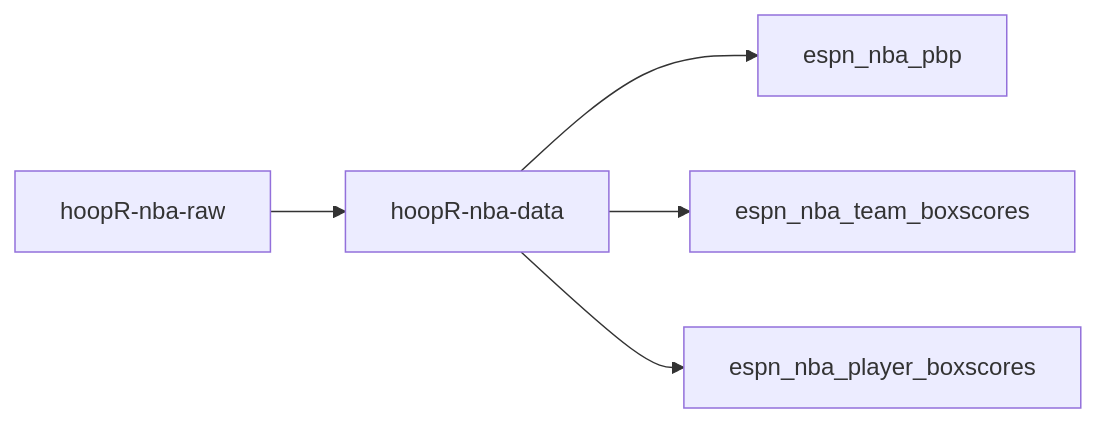
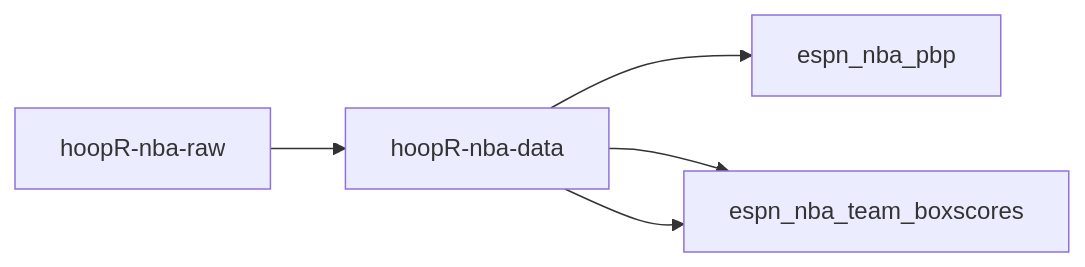
One commit to sportsdataverse/hoopR-nba-raw changed the first of 2 diagrams in README.md. Above: the diagram before and after it, drawn with Mermaid. The commit also changed other lines of this file, not shown here.

Commit message:
second diagram

````diff
--- a/README.md
+++ b/README.md
@@ -3,8 +3,8 @@
 ```mermaid
   graph LR;
     A[hoopR-nba-raw]-->B[hoopR-nba-data];
     B[hoopR-nba-data]-->C1[espn_nba_pbp];
     B[hoopR-nba-data]-->C2[espn_nba_team_boxscores];
-    B[hoopR-nba-data]-->C3[espn_nba_player_boxscores];
+    B[hoopR-nba-data]-->C2[espn_nba_team_boxscores];
 
 ```
````
